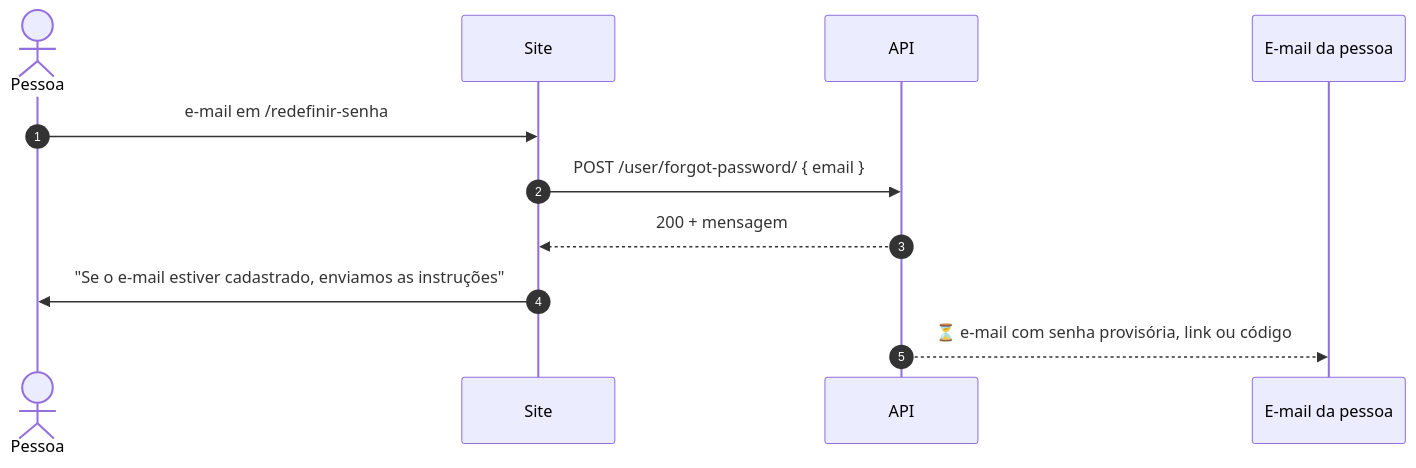
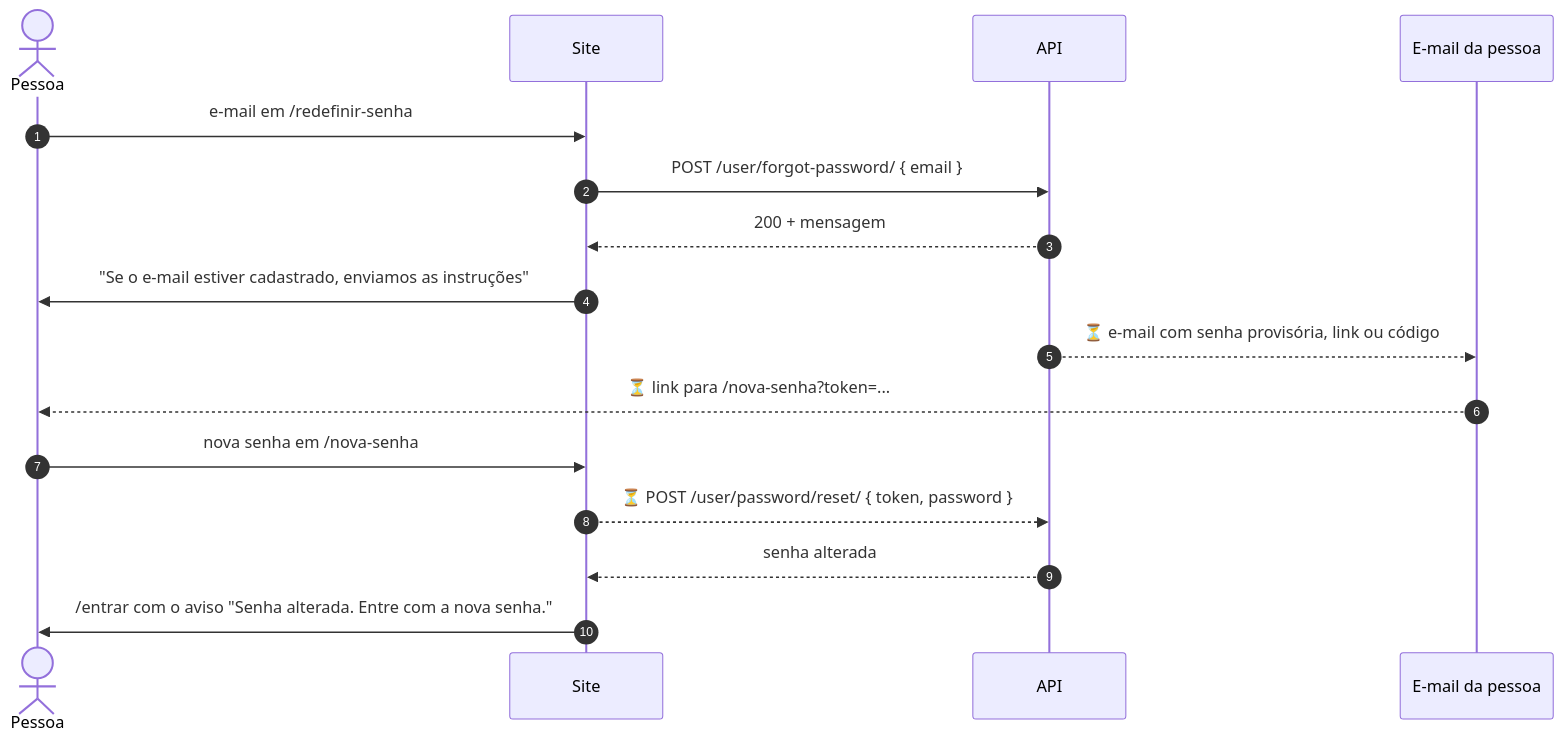
The eighth of 11 diagrams in docs/fluxo-auth.md (vinicius-fernandes-checkauto/checkauto-site), drawn with Mermaid before and after one commit. The commit also changed other lines of this file and 13 other files, not shown here.

Commit message:
feat(auth): implement password reset functionality and create new password form

````diff
--- a/docs/fluxo-auth.md
+++ b/docs/fluxo-auth.md
@@ -253,14 +269,19 @@
 ```mermaid
 sequenceDiagram
     autonumber
     actor P as Pessoa
     participant Site as Site
     participant API as API
     participant M as E-mail da pessoa
 
     P->>Site: e-mail em /redefinir-senha
     Site->>API: POST /user/forgot-password/ { email }
     API-->>Site: 200 + mensagem
     Site->>P: "Se o e-mail estiver cadastrado, enviamos as instruções"
     API-->>M: ⏳ e-mail com senha provisória, link ou código
+    M-->>P: ⏳ link para /nova-senha?token=...
+    P->>Site: nova senha em /nova-senha
+    Site-->>API: ⏳ POST /user/password/reset/ { token, password }
+    API-->>Site: senha alterada
+    Site->>P: /entrar com o aviso "Senha alterada. Entre com a nova senha."
 ```
````
